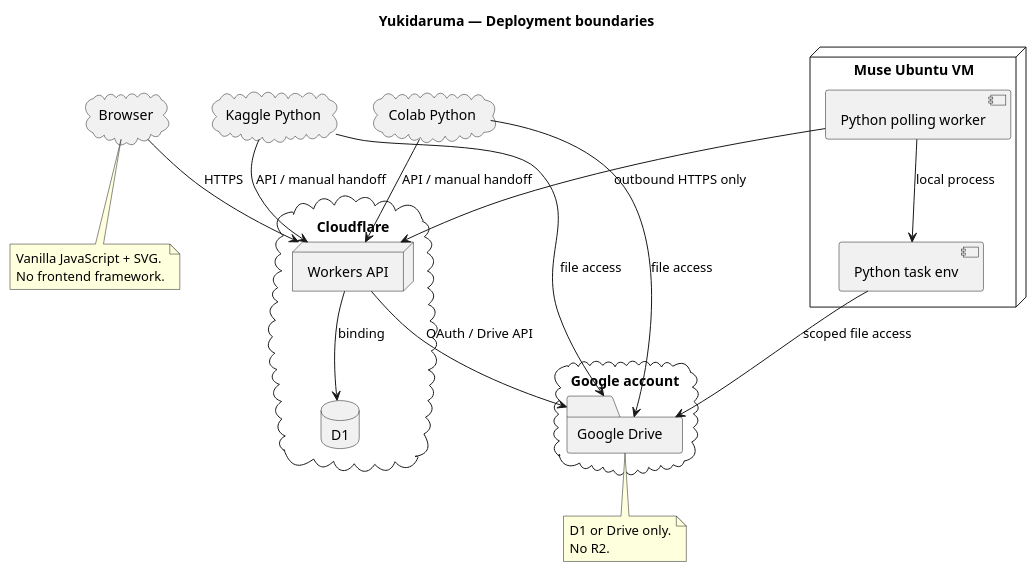
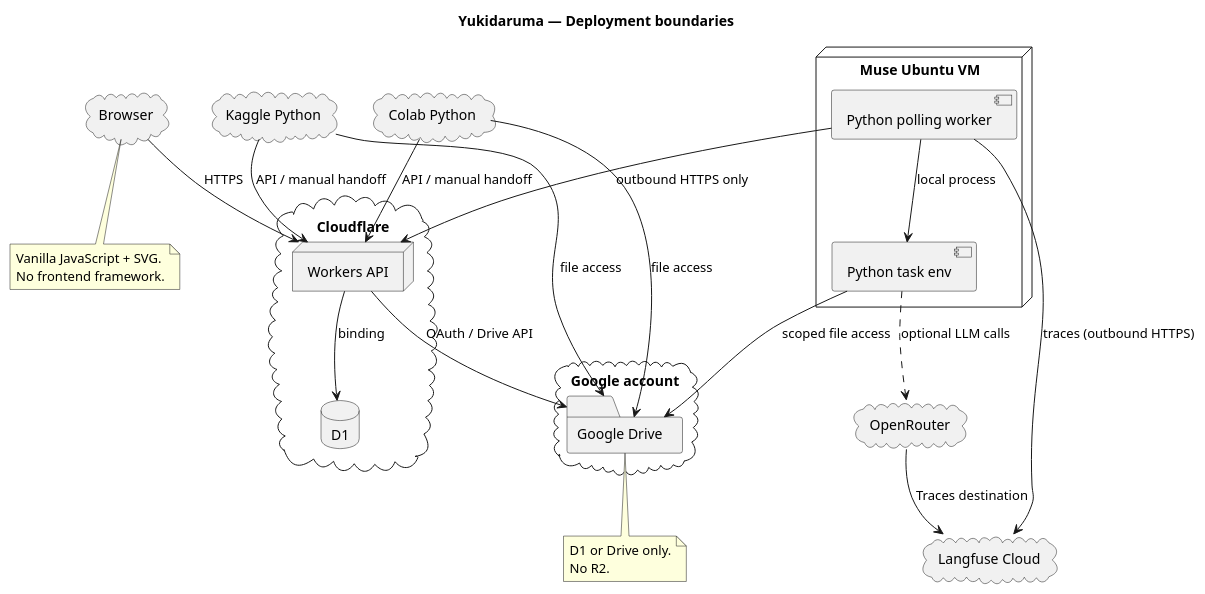
Before and after one commit to bonsai/yukidaruma: the fourth of 4 diagrams in docs/architecture.puml, drawn with PlantUML. The commit also changed other lines of this file and 3 other files, not shown here.

First line of the commit message:
docs: add Langfuse tracing design (aligned to ADR-001/ADR-002 architecture)

```diff
--- a/docs/architecture.puml
+++ b/docs/architecture.puml
@@ -113,35 +124,40 @@
 @startuml yukidaruma_deployment
 title Yukidaruma — Deployment boundaries
 cloud "Browser" as Browser
 cloud "Cloudflare" {
   node "Workers API" as Workers
   database "D1" as D1
 }
 cloud "Google account" {
   folder "Google Drive" as Drive
 }
 node "Muse Ubuntu VM" {
   component "Python polling worker" as MuseWorker
   component "Python task env" as MusePy
 }
 cloud "Kaggle Python" as Kaggle
 cloud "Colab Python" as Colab
+cloud "OpenRouter" as OpenRouter
+cloud "Langfuse Cloud" as Langfuse
 Browser --> Workers : HTTPS
 Workers --> D1 : binding
 Workers --> Drive : OAuth / Drive API
 MuseWorker --> Workers : outbound HTTPS only
 MuseWorker --> MusePy : local process
 Kaggle --> Workers : API / manual handoff
 Colab --> Workers : API / manual handoff
 Kaggle --> Drive : file access
 Colab --> Drive : file access
 MusePy --> Drive : scoped file access
+MuseWorker --> Langfuse : traces (outbound HTTPS)
+MusePy ..> OpenRouter : optional LLM calls
+OpenRouter --> Langfuse : Traces destination
 note bottom of Browser
   Vanilla JavaScript + SVG.
   No frontend framework.
 end note
 note bottom of Drive
   D1 or Drive only.
   No R2.
 end note
 @enduml
```
